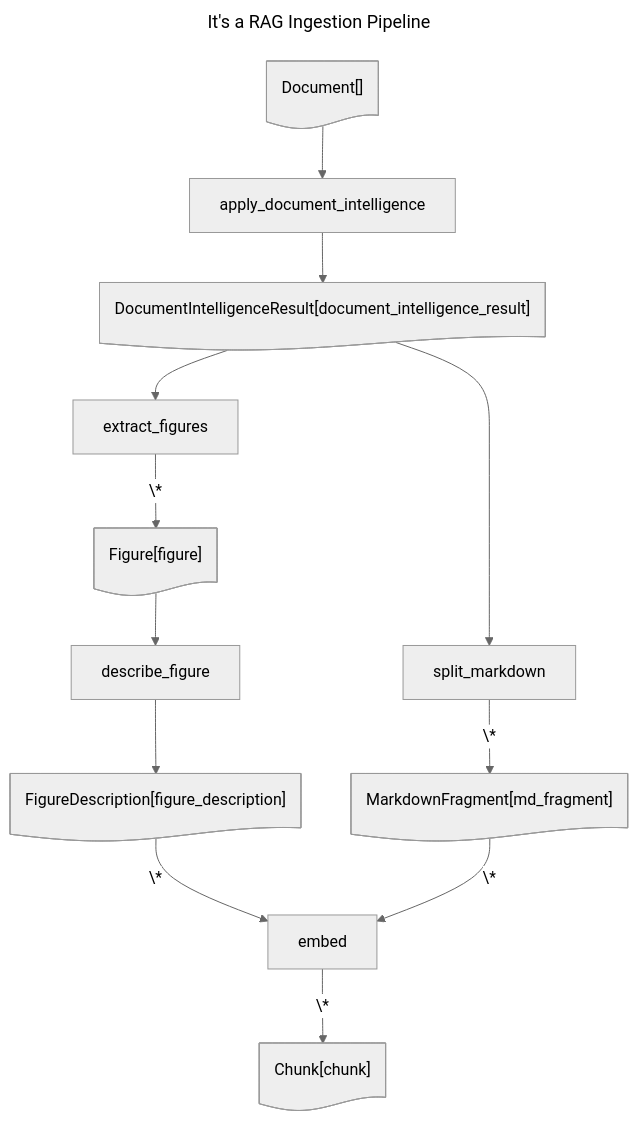
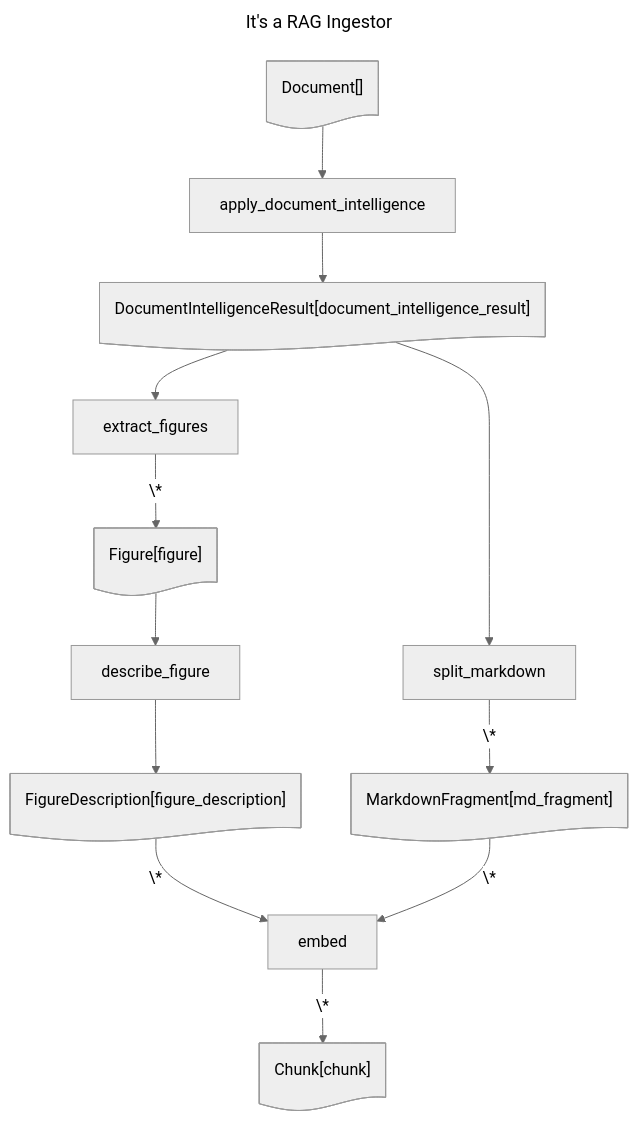
The diagram in examples/itsarag.md (Azure-Samples/az-ai-catalyst), drawn with Mermaid (neutral theme) before and after one commit. The commit also changed other lines of this file and 4 other files, not shown here.

````diff
--- a/examples/itsarag.md
+++ b/examples/itsarag.md
@@ -1,36 +3,36 @@
 ```mermaid
 ---
-title: It's a RAG Ingestion Pipeline
+title: It's a RAG Ingestor
 ---
 flowchart TD
     Document@{ shape: doc, label: "Document[]" }
 
     apply_document_intelligence@{ shape: rect, label: "apply_document_intelligence" }
     extract_figures@{ shape: rect, label: "extract_figures" }
     describe_figure@{ shape: rect, label: "describe_figure" }
     split_markdown@{ shape: rect, label: "split_markdown" }
     embed@{ shape: rect, label: "embed" }
 
     DocumentIntelligenceResult_document_intelligence_result@{ shape: doc, label: "DocumentIntelligenceResult[document_intelligence_result]" }
     Figure_figure@{ shape: doc, label: "Figure[figure]" }
     FigureDescription_figure_description@{ shape: doc, label: "FigureDescription[figure_description]" }
     MarkdownFragment_md_fragment@{ shape: doc, label: "MarkdownFragment[md_fragment]" }
     Chunk_chunk@{ shape: doc, label: "Chunk[chunk]" }
 
     Document --> apply_document_intelligence
     apply_document_intelligence --> DocumentIntelligenceResult_document_intelligence_result
 
     DocumentIntelligenceResult_document_intelligence_result --> extract_figures
     extract_figures -- \* --> Figure_figure
 
     Figure_figure --> describe_figure
     describe_figure --> FigureDescription_figure_description
 
     DocumentIntelligenceResult_document_intelligence_result --> split_markdown
     split_markdown -- \* --> MarkdownFragment_md_fragment
 
     FigureDescription_figure_description -- \* --> embed
     MarkdownFragment_md_fragment -- \* --> embed
     embed -- \* --> Chunk_chunk
 
 ```
````
